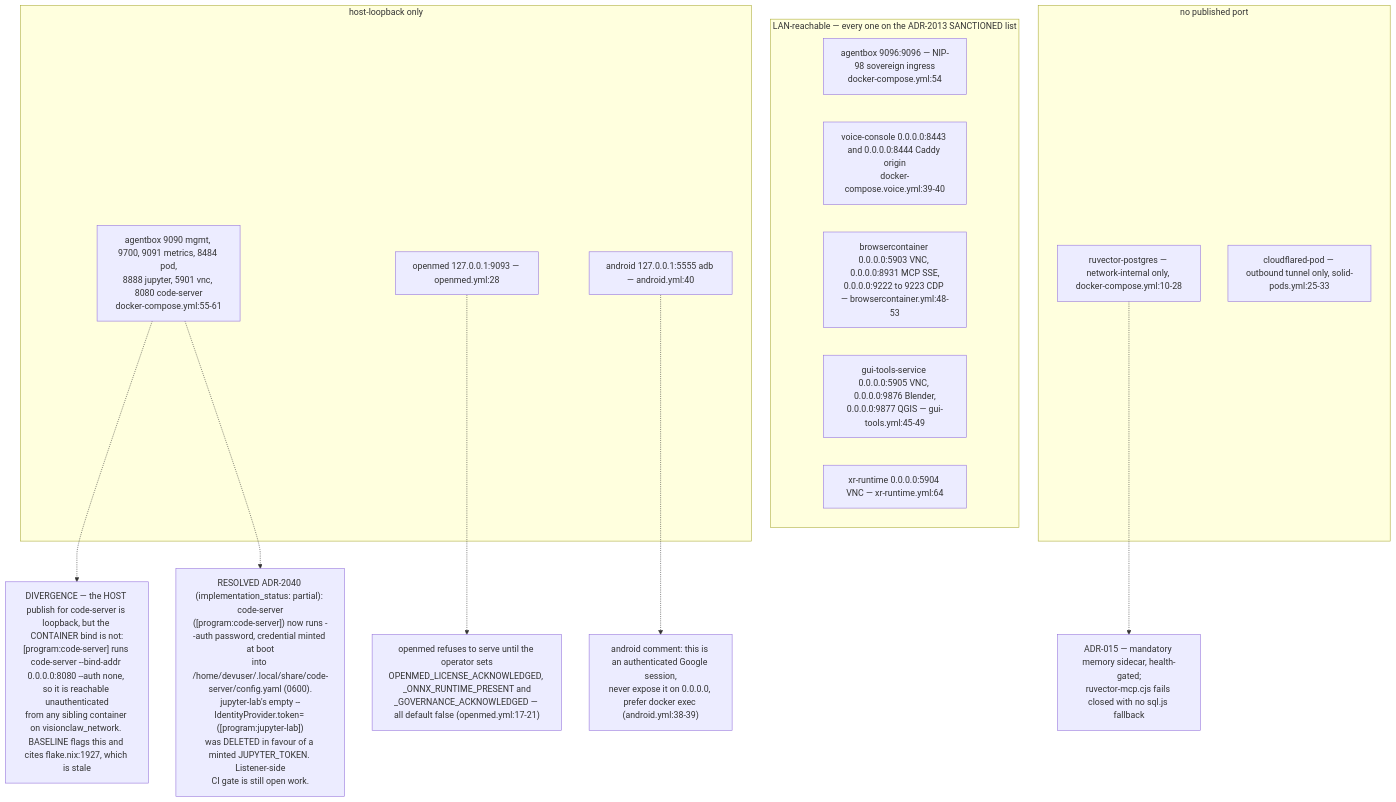
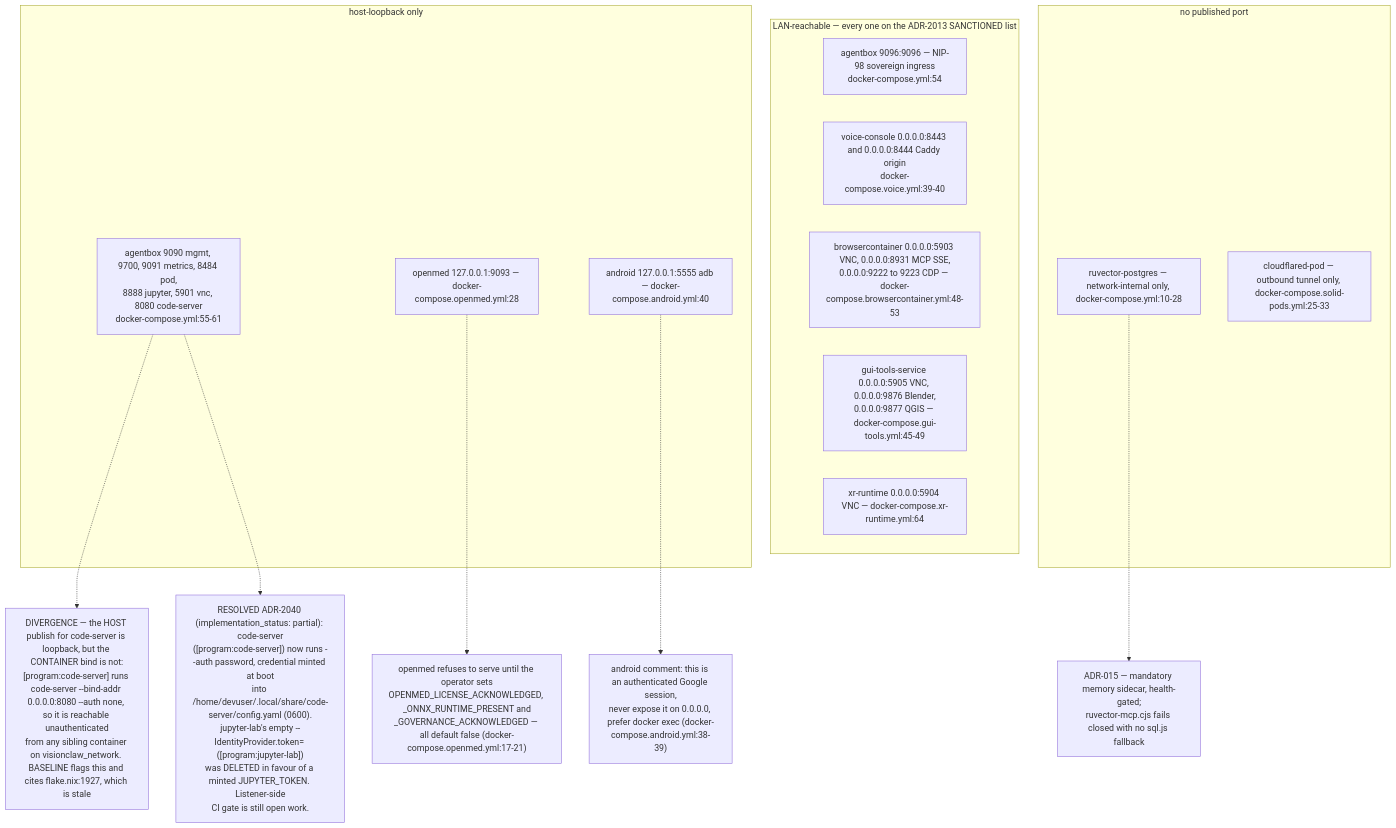
One commit to DreamLab-AI/VisionFlow changed the seventh of 9 diagrams in docs/diagrams/agentbox/06-sidecars-and-compose-overlays.md. Above: the diagram before and after it, drawn with Mermaid. The commit also changed other lines of this file and 185 other files, not shown here.

Commit message:
docs(estate): reconcile diagrams and ADRs with source and define closeout sprint

````diff
--- a/docs/diagrams/agentbox/06-sidecars-and-compose-overlays.md
+++ b/docs/diagrams/agentbox/06-sidecars-and-compose-overlays.md
@@ -209,24 +214,24 @@
 ```mermaid
 flowchart TB
     subgraph LANP["LAN-reachable — every one on the ADR-2013 SANCTIONED list"]
         P1["agentbox 9096:9096 — NIP-98 sovereign ingress<br/>docker-compose.yml:54"]
         P2["voice-console 0.0.0.0:8443 and 0.0.0.0:8444 Caddy origin<br/>docker-compose.voice.yml:39-40"]
-        P3["browsercontainer 0.0.0.0:5903 VNC, 0.0.0.0:8931 MCP SSE,<br/>0.0.0.0:9222 to 9223 CDP — browsercontainer.yml:48-53"]
-        P4["gui-tools-service 0.0.0.0:5905 VNC, 0.0.0.0:9876 Blender,<br/>0.0.0.0:9877 QGIS — gui-tools.yml:45-49"]
-        P5["xr-runtime 0.0.0.0:5904 VNC — xr-runtime.yml:64"]
+        P3["browsercontainer 0.0.0.0:5903 VNC, 0.0.0.0:8931 MCP SSE,<br/>0.0.0.0:9222 to 9223 CDP — docker-compose.browsercontainer.yml:48-53"]
+        P4["gui-tools-service 0.0.0.0:5905 VNC, 0.0.0.0:9876 Blender,<br/>0.0.0.0:9877 QGIS — docker-compose.gui-tools.yml:45-49"]
+        P5["xr-runtime 0.0.0.0:5904 VNC — docker-compose.xr-runtime.yml:64"]
     end
     subgraph LOOP["host-loopback only"]
         Q1["agentbox 9090 mgmt, 9700, 9091 metrics, 8484 pod,<br/>8888 jupyter, 5901 vnc, 8080 code-server<br/>docker-compose.yml:55-61"]
-        Q2["openmed 127.0.0.1:9093 — openmed.yml:28"]
-        Q3["android 127.0.0.1:5555 adb — android.yml:40"]
+        Q2["openmed 127.0.0.1:9093 — docker-compose.openmed.yml:28"]
+        Q3["android 127.0.0.1:5555 adb — docker-compose.android.yml:40"]
     end
     subgraph NONE["no published port"]
         R1["ruvector-postgres — network-internal only, docker-compose.yml:10-28"]
-        R2["cloudflared-pod — outbound tunnel only, solid-pods.yml:25-33"]
+        R2["cloudflared-pod — outbound tunnel only, docker-compose.solid-pods.yml:25-33"]
     end
-    Q3 -.-> AND["android comment: this is an authenticated Google session,<br/>never expose it on 0.0.0.0, prefer docker exec (android.yml:38-39)"]
-    Q2 -.-> OM["openmed refuses to serve until the operator sets<br/>OPENMED_LICENSE_ACKNOWLEDGED, _ONNX_RUNTIME_PRESENT and<br/>_GOVERNANCE_ACKNOWLEDGED — all default false (openmed.yml:17-21)"]
+    Q3 -.-> AND["android comment: this is an authenticated Google session,<br/>never expose it on 0.0.0.0, prefer docker exec (docker-compose.android.yml:38-39)"]
+    Q2 -.-> OM["openmed refuses to serve until the operator sets<br/>OPENMED_LICENSE_ACKNOWLEDGED, _ONNX_RUNTIME_PRESENT and<br/>_GOVERNANCE_ACKNOWLEDGED — all default false (docker-compose.openmed.yml:17-21)"]
     Q1 -.-> CS["DIVERGENCE — the HOST publish for code-server is loopback, but the CONTAINER bind is not:<br/>[program:code-server] runs code-server --bind-addr 0.0.0.0:8080 --auth none, so it is reachable unauthenticated<br/>from any sibling container on visionclaw_network. BASELINE flags this and cites flake.nix:1927, which is stale"]
     Q1 -.-> CSR["RESOLVED ADR-2040 (implementation_status: partial): code-server<br/>([program:code-server]) now runs --auth password, credential minted at boot<br/>into /home/devuser/.local/share/code-server/config.yaml (0600).<br/>jupyter-lab's empty --IdentityProvider.token= ([program:jupyter-lab])<br/>was DELETED in favour of a minted JUPYTER_TOKEN. Listener-side<br/>CI gate is still open work."]
     R1 -.-> PGN["ADR-015 — mandatory memory sidecar, health-gated;<br/>ruvector-mcp.cjs fails closed with no sql.js fallback"]
 ```
````
